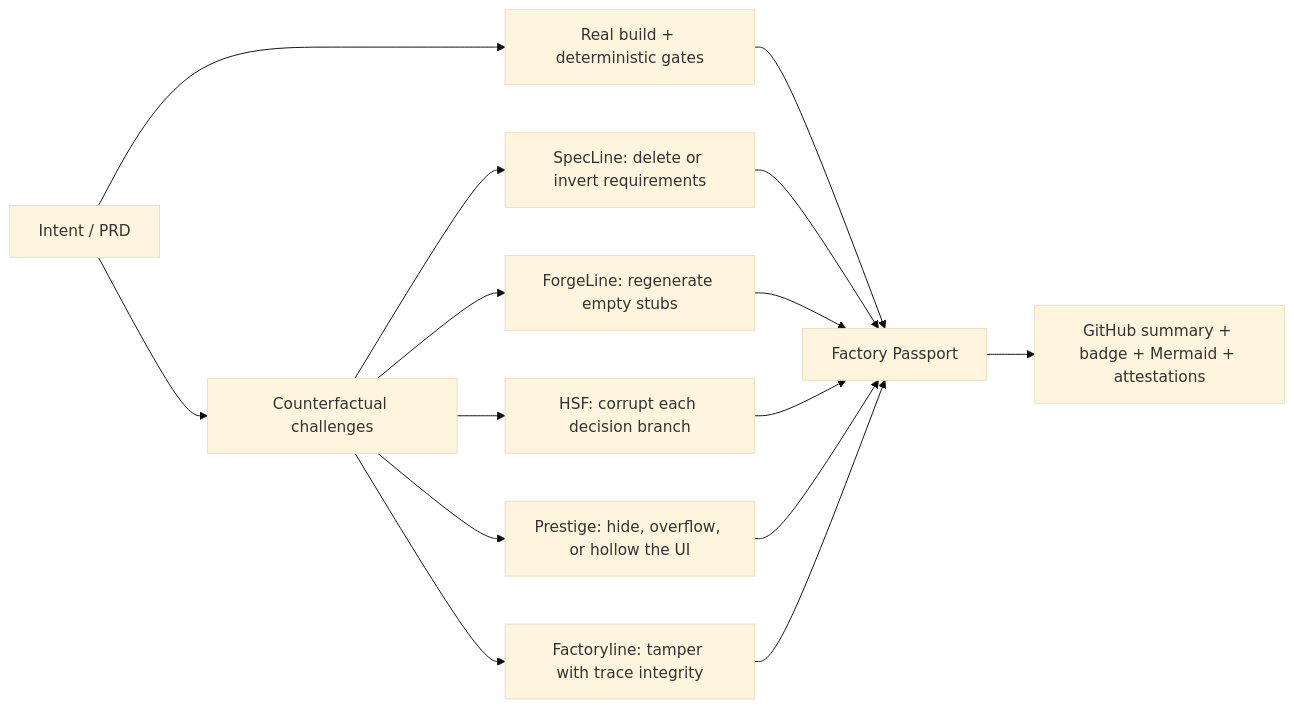
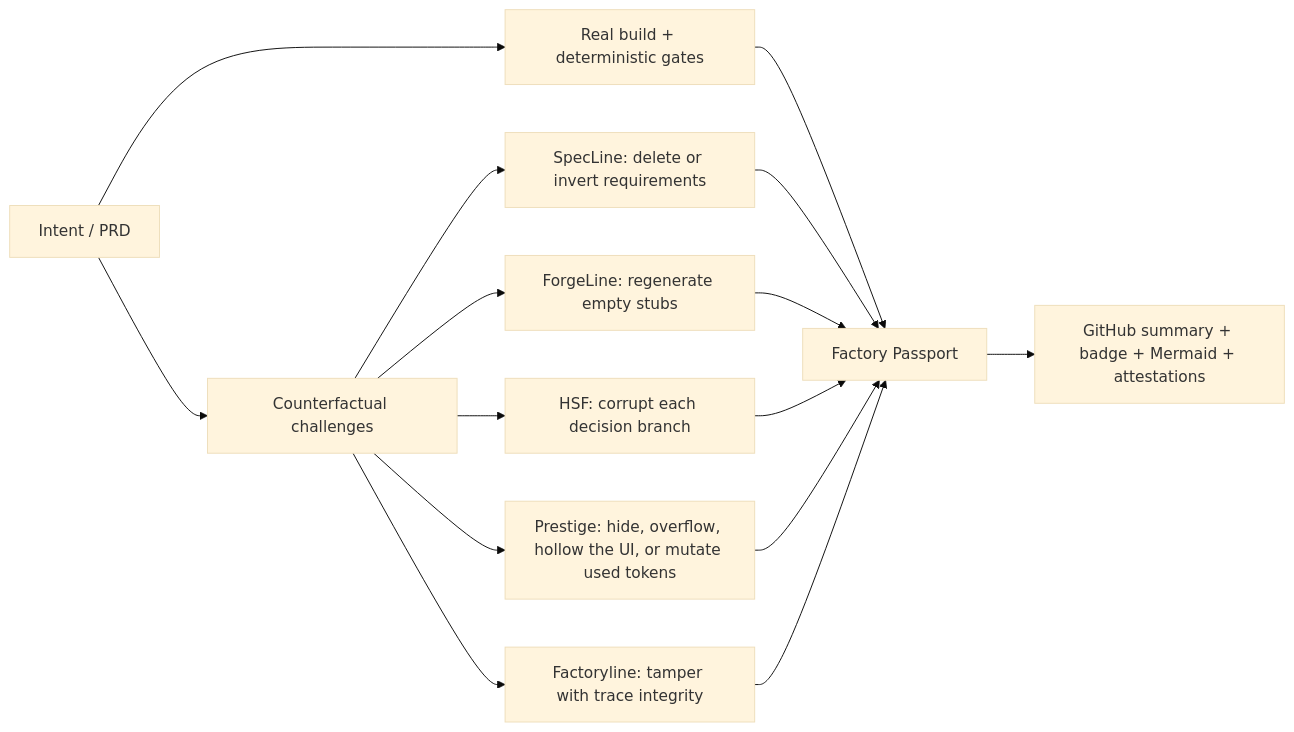
One commit to zrk222/code-factory changed the diagram in docs/PROOFLAB.md. Above: the diagram before and after it, drawn with Mermaid (base theme). The commit also changed other lines of this file and 7 other files, not shown here.

````diff
--- a/docs/PROOFLAB.md
+++ b/docs/PROOFLAB.md
@@ -8,17 +8,17 @@
 ```mermaid
 flowchart LR
     A["Intent / PRD"] --> B["Real build + deterministic gates"]
     A --> C["Counterfactual challenges"]
     C --> S["SpecLine: delete or invert requirements"]
     C --> F["ForgeLine: regenerate empty stubs"]
     C --> H["HSF: corrupt each decision branch"]
-    C --> D["Prestige: hide, overflow, or hollow the UI"]
+    C --> D["Prestige: hide, overflow, hollow the UI, or mutate used tokens"]
     C --> I["Factoryline: tamper with trace integrity"]
     B --> P["Factory Passport"]
     S --> P
     F --> P
     H --> P
     D --> P
     I --> P
     P --> G["GitHub summary + badge + Mermaid + attestations"]
 ```
````
